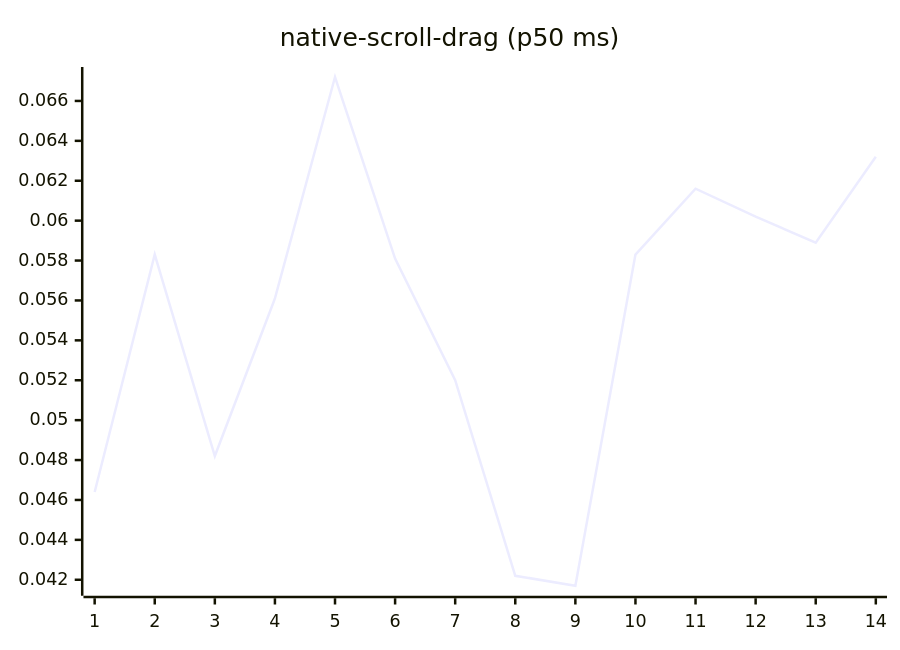
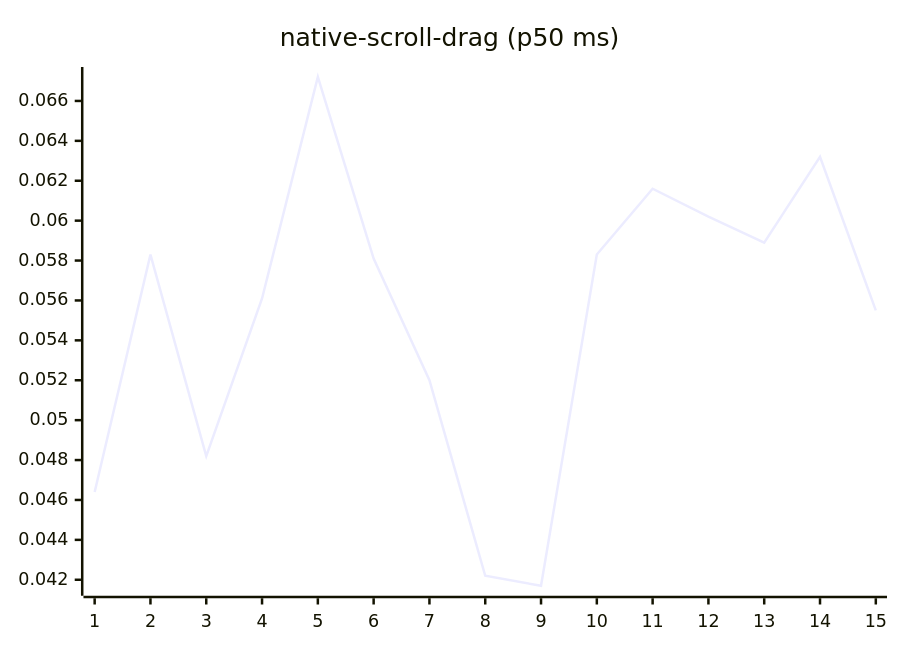
One commit to josha/Facet changed diagram 14 of 27 in README.md. Above: the diagram before and after it, drawn with Mermaid. The commit also changed other lines of this file and 2 other files, not shown here.

````diff
--- a/README.md
+++ b/README.md
@@ -154,6 +154,6 @@
 ```mermaid
 xychart-beta
     title "native-scroll-drag (p50 ms)"
-    x-axis 1 --> 14
-    line [0.0464, 0.0583, 0.0482, 0.0561, 0.0672, 0.0581, 0.0520, 0.0422, 0.0417, 0.0583, 0.0616, 0.0602, 0.0589, 0.0632]
+    x-axis 1 --> 15
+    line [0.0464, 0.0583, 0.0482, 0.0561, 0.0672, 0.0581, 0.0520, 0.0422, 0.0417, 0.0583, 0.0616, 0.0602, 0.0589, 0.0632, 0.0555]
 ```
````
